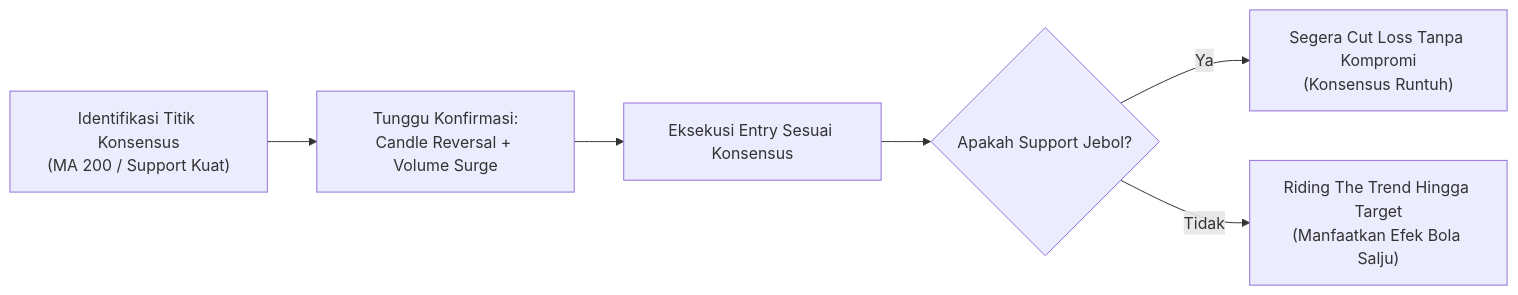
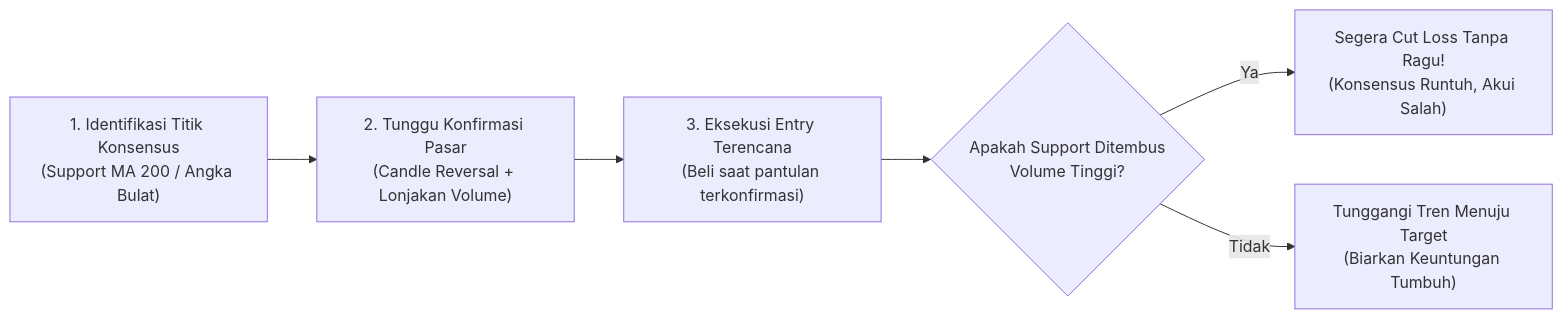
The third of 3 diagrams in docs/edianto-ong/27-self-fulfilling-prophecy.md (AlulCode45/Trading-Learning-Path), drawn with Mermaid before and after one commit. The commit also changed other lines of this file and 29 other files, not shown here.

Commit message:
docs(edianto-ong): upgrade all 29 chapters with beginner analogies, diagrams, step-by-step guides, and case studies

````diff
--- a/docs/edianto-ong/27-self-fulfilling-prophecy.md
+++ b/docs/edianto-ong/27-self-fulfilling-prophecy.md
@@ -98,8 +137,8 @@
 ```mermaid
 flowchart LR
-    Setup["Identifikasi Titik Konsensus<br/>(MA 200 / Support Kuat)"] --> WaitTrigger["Tunggu Konfirmasi:<br/>Candle Reversal + Volume Surge"]
-    WaitTrigger --> Execute["Eksekusi Entry Sesuai Konsensus"]
-    Execute --> RiskControl{"Apakah Support Jebol?"}
-    RiskControl -- Ya --> CutLoss["Segera Cut Loss Tanpa Kompromi<br/>(Konsensus Runtuh)"]
-    RiskControl -- Tidak --> RideTrend["Riding The Trend Hingga Target<br/>(Manfaatkan Efek Bola Salju)"]
+    Langkah1["1. Identifikasi Titik Konsensus<br/>(Support MA 200 / Angka Bulat)"] --> Langkah2["2. Tunggu Konfirmasi Pasar<br/>(Candle Reversal + Lonjakan Volume)"]
+    Langkah2 --> Langkah3["3. Eksekusi Entry Terencana<br/>(Beli saat pantulan terkonfirmasi)"]
+    Langkah3 --> Keputusan{"Apakah Support Ditembus<br/>Volume Tinggi?"}
+    Keputusan -- Ya --> CutLoss["Segera Cut Loss Tanpa Ragu!<br/>(Konsensus Runtuh, Akui Salah)"]
+    Keputusan -- Tidak --> RidingTrend["Tunggangi Tren Menuju Target<br/>(Biarkan Keuntungan Tumbuh)"]
 ```
````
